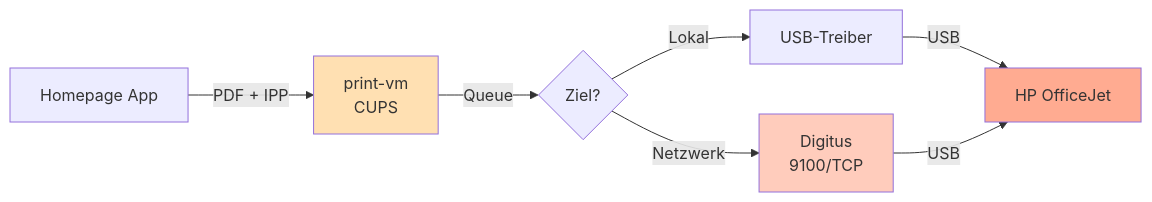
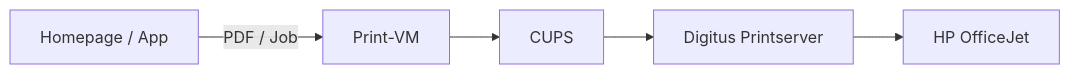
The third of 3 diagrams in Netzwerk/network-topology.md (Hoinkkoma/homlap-), drawn with Mermaid before and after one commit. The commit also changed other lines of this file and 12 other files, not shown here.

````diff
--- a/Netzwerk/network-topology.md
+++ b/Netzwerk/network-topology.md
@@ -146,15 +81,7 @@
 ```mermaid
 graph LR
-    A["Homepage App"] -->|PDF + IPP| B["print-vm<br/>CUPS"]
-    B -->|Queue| C{"Ziel?"}
-    
-    C -->|Lokal| D["USB-Treiber"]
-    C -->|Netzwerk| E["Digitus<br/>9100/TCP"]
-    
-    D -->|USB| F["HP OfficeJet"]
-    E -->|USB| F
-    
-    style B fill:#ffe0b2
-    style E fill:#ffccbc
-    style F fill:#ffab91
+    A[Homepage / App] -->|PDF / Job| B[Print-VM]
+    B --> C[CUPS]
+    C --> D[Digitus Printserver]
+    D --> E[HP OfficeJet]
 ```
````
